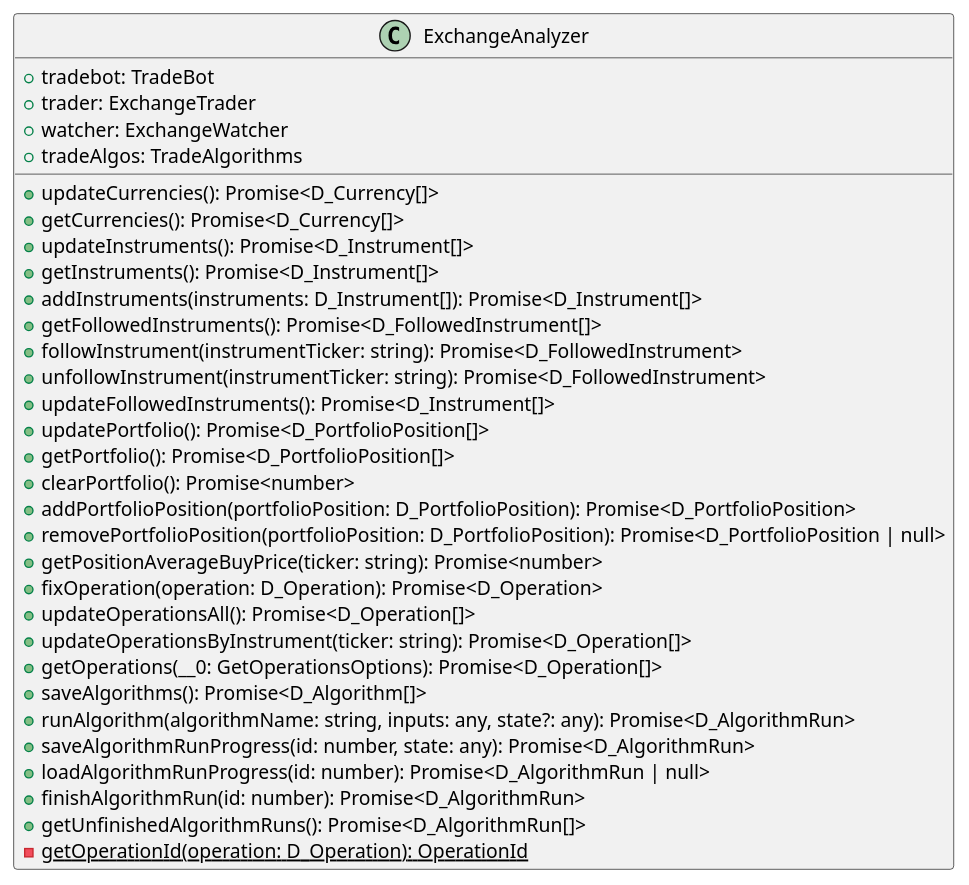
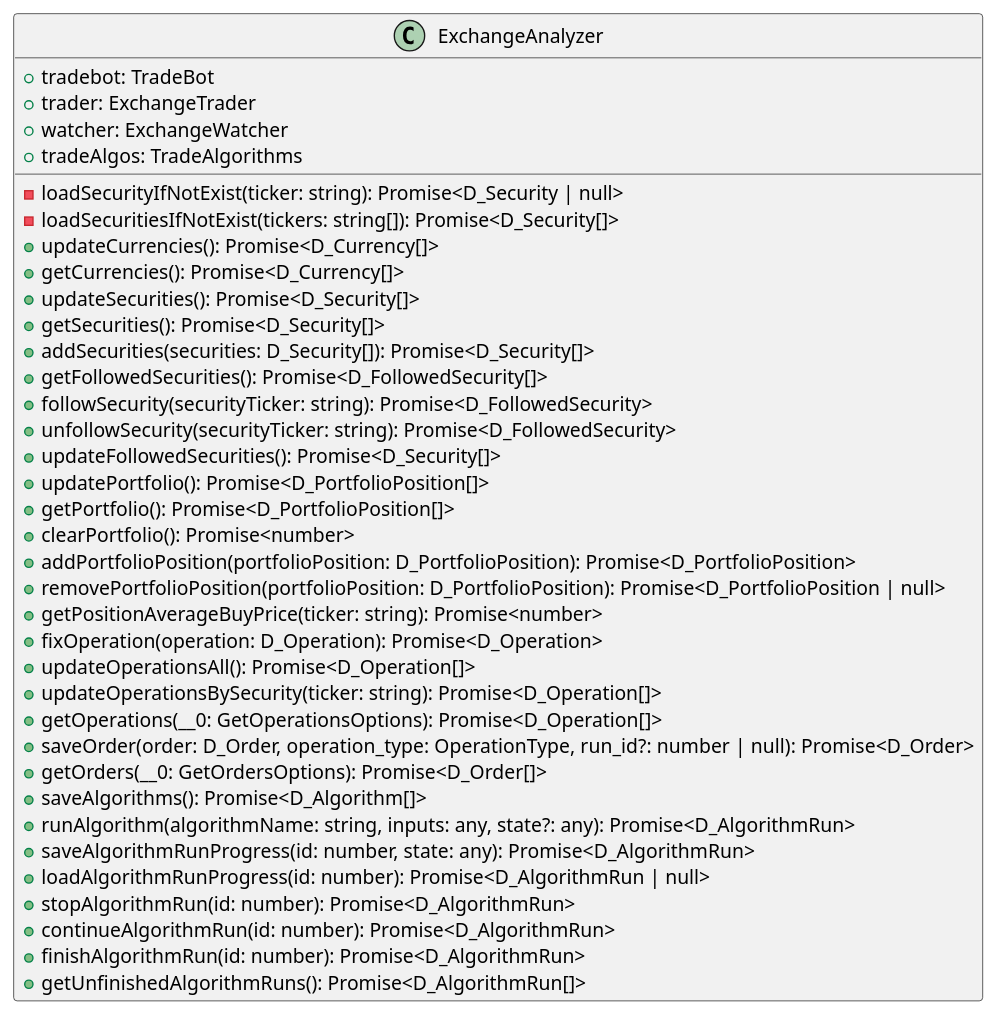
One commit to d0rich/tradeb0t changed the diagram in docs/ExchangeAnalyzer.puml. Above: the diagram before and after it, drawn with PlantUML. The commit also changed 6 other files, not shown here.

```diff
--- a/docs/ExchangeAnalyzer.puml
+++ b/docs/ExchangeAnalyzer.puml
@@ -1,34 +1,39 @@
 @startuml
 class ExchangeAnalyzer {
     +tradebot: TradeBot
     +trader: ExchangeTrader
     +watcher: ExchangeWatcher
     +tradeAlgos: TradeAlgorithms
+    -loadSecurityIfNotExist(ticker: string): Promise<D_Security | null>
+    -loadSecuritiesIfNotExist(tickers: string[]): Promise<D_Security[]>
     +updateCurrencies(): Promise<D_Currency[]>
     +getCurrencies(): Promise<D_Currency[]>
-    +updateInstruments(): Promise<D_Instrument[]>
-    +getInstruments(): Promise<D_Instrument[]>
-    +addInstruments(instruments: D_Instrument[]): Promise<D_Instrument[]>
-    +getFollowedInstruments(): Promise<D_FollowedInstrument[]>
-    +followInstrument(instrumentTicker: string): Promise<D_FollowedInstrument>
-    +unfollowInstrument(instrumentTicker: string): Promise<D_FollowedInstrument>
-    +updateFollowedInstruments(): Promise<D_Instrument[]>
+    +updateSecurities(): Promise<D_Security[]>
+    +getSecurities(): Promise<D_Security[]>
+    +addSecurities(securities: D_Security[]): Promise<D_Security[]>
+    +getFollowedSecurities(): Promise<D_FollowedSecurity[]>
+    +followSecurity(securityTicker: string): Promise<D_FollowedSecurity>
+    +unfollowSecurity(securityTicker: string): Promise<D_FollowedSecurity>
+    +updateFollowedSecurities(): Promise<D_Security[]>
     +updatePortfolio(): Promise<D_PortfolioPosition[]>
     +getPortfolio(): Promise<D_PortfolioPosition[]>
     +clearPortfolio(): Promise<number>
     +addPortfolioPosition(portfolioPosition: D_PortfolioPosition): Promise<D_PortfolioPosition>
     +removePortfolioPosition(portfolioPosition: D_PortfolioPosition): Promise<D_PortfolioPosition | null>
     +getPositionAverageBuyPrice(ticker: string): Promise<number>
     +fixOperation(operation: D_Operation): Promise<D_Operation>
     +updateOperationsAll(): Promise<D_Operation[]>
-    +updateOperationsByInstrument(ticker: string): Promise<D_Operation[]>
+    +updateOperationsBySecurity(ticker: string): Promise<D_Operation[]>
     +getOperations(__0: GetOperationsOptions): Promise<D_Operation[]>
+    +saveOrder(order: D_Order, operation_type: OperationType, run_id?: number | null): Promise<D_Order>
+    +getOrders(__0: GetOrdersOptions): Promise<D_Order[]>
     +saveAlgorithms(): Promise<D_Algorithm[]>
     +runAlgorithm(algorithmName: string, inputs: any, state?: any): Promise<D_AlgorithmRun>
     +saveAlgorithmRunProgress(id: number, state: any): Promise<D_AlgorithmRun>
     +loadAlgorithmRunProgress(id: number): Promise<D_AlgorithmRun | null>
+    +stopAlgorithmRun(id: number): Promise<D_AlgorithmRun>
+    +continueAlgorithmRun(id: number): Promise<D_AlgorithmRun>
     +finishAlgorithmRun(id: number): Promise<D_AlgorithmRun>
     +getUnfinishedAlgorithmRuns(): Promise<D_AlgorithmRun[]>
-    -{static} getOperationId(operation: D_Operation): OperationId
 }
 @enduml
```
